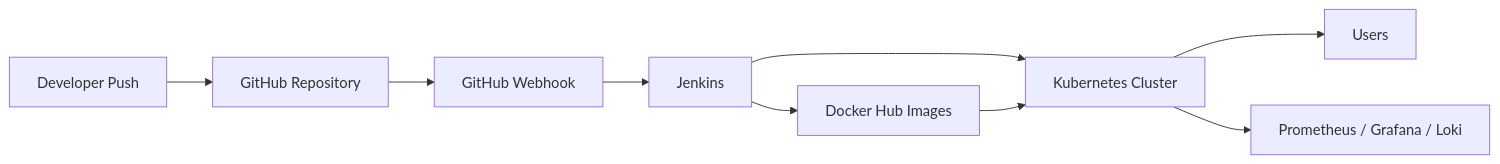
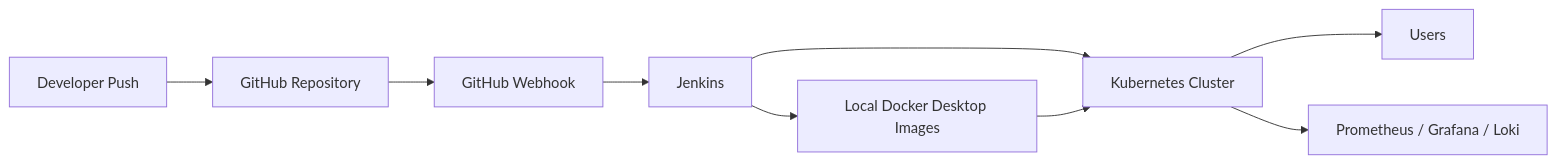
The sixth of 6 diagrams in docs/architecture.md (RishiSharma45/smart-water-monitoring-platform), drawn with Mermaid before and after one commit. The commit also changed other lines of this file and 7 other files, not shown here.

````diff
--- a/docs/architecture.md
+++ b/docs/architecture.md
@@ -144,11 +143,11 @@
 ```mermaid
 flowchart LR
     Dev["Developer Push"] --> GitHub["GitHub Repository"]
     GitHub --> Webhook["GitHub Webhook"]
     Webhook --> Jenkins["Jenkins"]
-    Jenkins --> DockerHub["Docker Hub Images"]
+    Jenkins --> Images["Local Docker Desktop Images"]
     Jenkins --> K8s["Kubernetes Cluster"]
-    DockerHub --> K8s
+    Images --> K8s
     K8s --> Users["Users"]
     K8s --> Observability["Prometheus / Grafana / Loki"]
 ```
````
